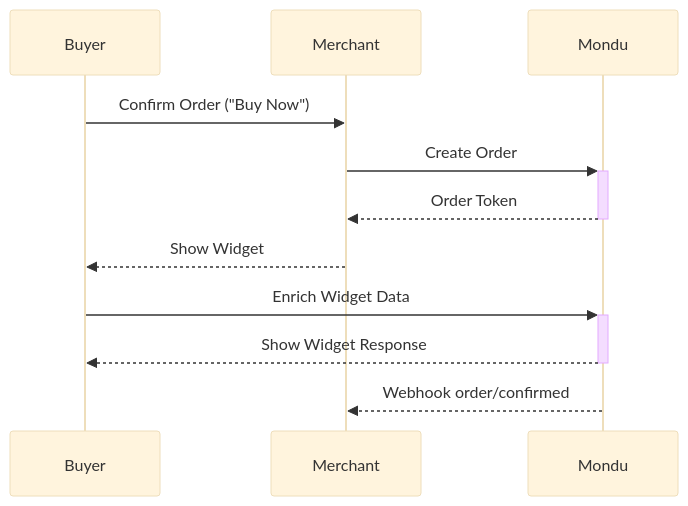
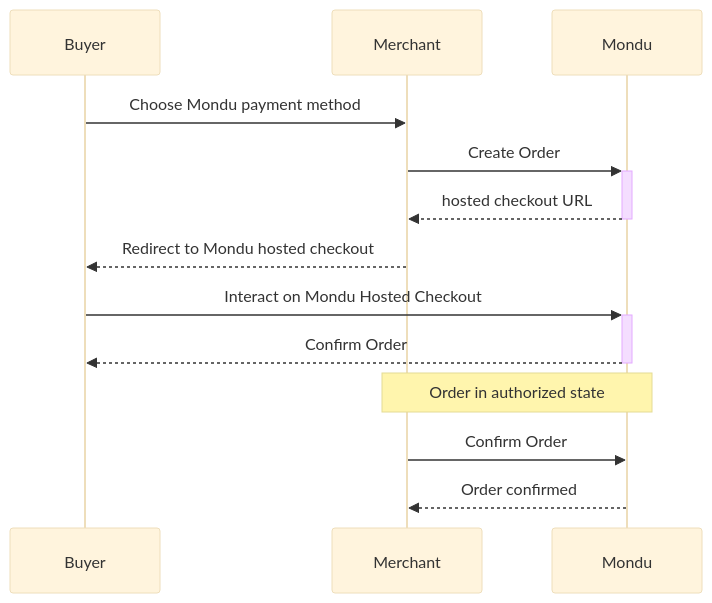
The first of 2 diagrams in README.md (hreinberger/mondu-node), drawn with Mermaid (base theme) before and after one commit. The commit also changed other lines of this file and 5 other files, not shown here.

Commit message:
change docs to accomodate hosted checkout

````diff
--- a/README.md
+++ b/README.md
@@ -49,10 +52,13 @@
 ```mermaid
 sequenceDiagram
-    Buyer ->> Merchant: Confirm Order ("Buy Now")
+    Buyer ->> Merchant: Choose Mondu payment method
     Merchant ->>+ Mondu: Create Order
-    Mondu -->>- Merchant: Order Token
-    Merchant -->> Buyer: Show Widget
-    Buyer ->>+ Mondu: Enrich Widget Data 
-    Mondu -->>- Buyer: Show Widget Response
-    Mondu -->> Merchant: Webhook order/confirmed
+    Mondu -->>- Merchant: hosted checkout URL
+    Merchant -->> Buyer: Redirect to Mondu hosted checkout
+    Buyer ->>+ Mondu: Interact on Mondu Hosted Checkout
+    Mondu -->>- Buyer: Confirm Order
+    note over Merchant,Mondu: Order in authorized state
+    Merchant ->> Mondu: Confirm Order
+    Mondu -->> Merchant: Order confirmed
+
 ```
````
